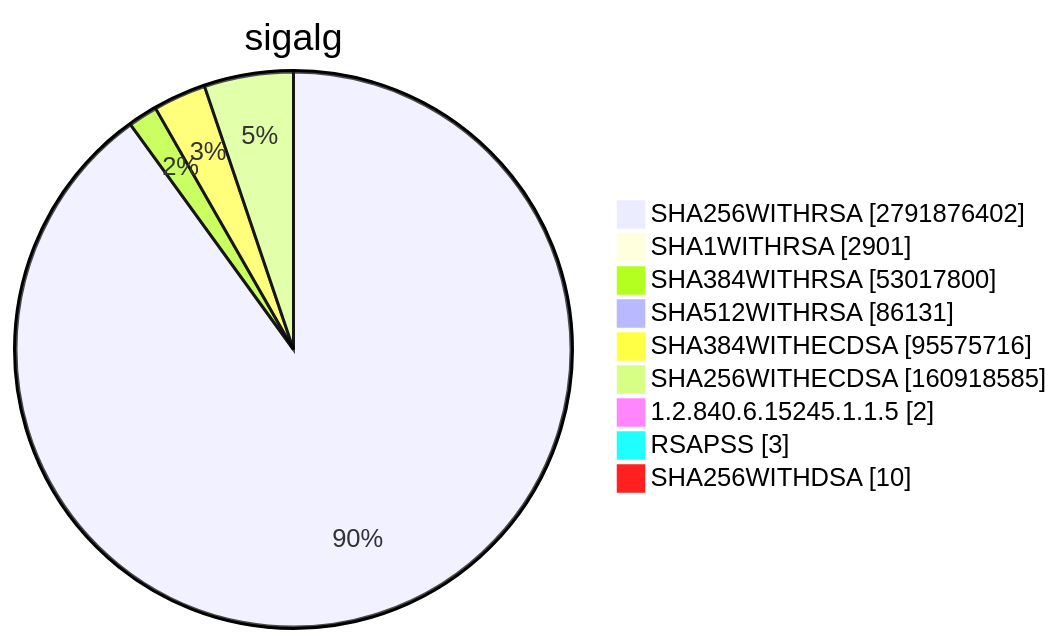
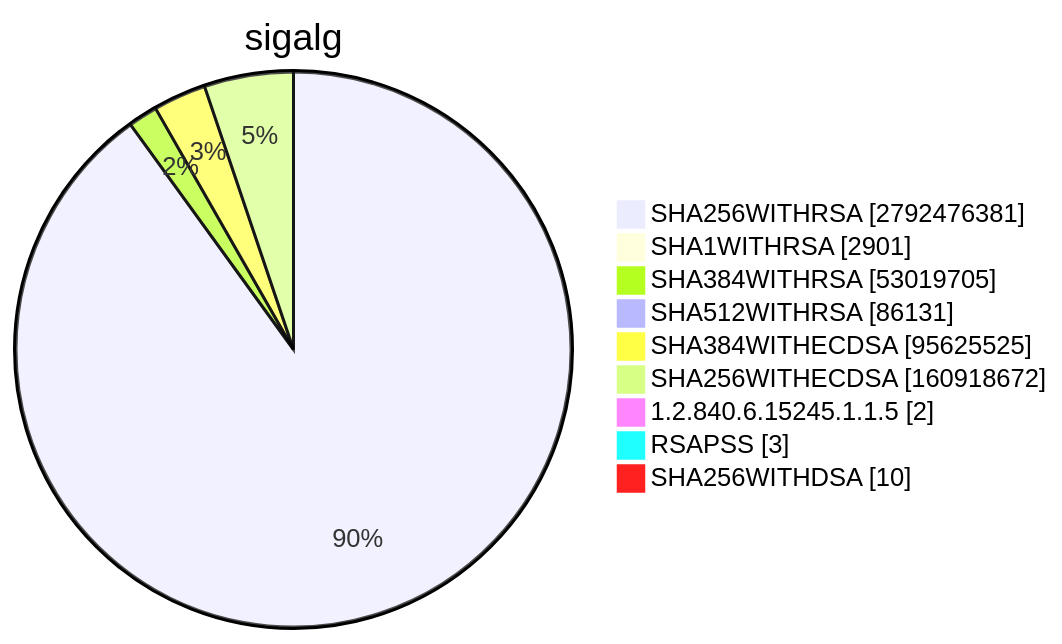
Before and after one commit to christiankrug/ctmonitor_visualization: diagram 15 of 15 in TOTAL/README.md, drawn with Mermaid. The commit also changed other lines of this file, not shown here.

````diff
--- a/TOTAL/README.md
+++ b/TOTAL/README.md
@@ -6207,13 +6207,13 @@
 ```mermaid
 pie showData
 title sigalg
-"SHA256WITHRSA" :2791876402
+"SHA256WITHRSA" :2792476381
 "SHA1WITHRSA" :2901
-"SHA384WITHRSA" :53017800
+"SHA384WITHRSA" :53019705
 "SHA512WITHRSA" :86131
-"SHA384WITHECDSA" :95575716
-"SHA256WITHECDSA" :160918585
+"SHA384WITHECDSA" :95625525
+"SHA256WITHECDSA" :160918672
 "1.2.840.6.15245.1.1.5" :2
 "RSAPSS" :3
 "SHA256WITHDSA" :10
 ```
````
